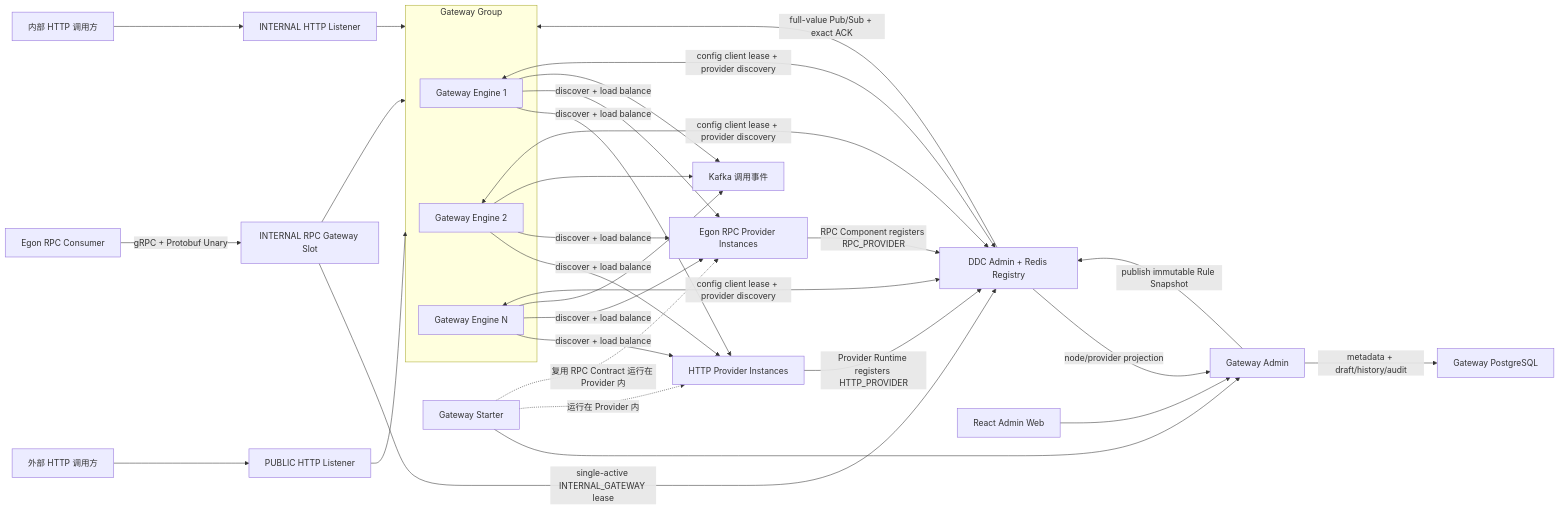
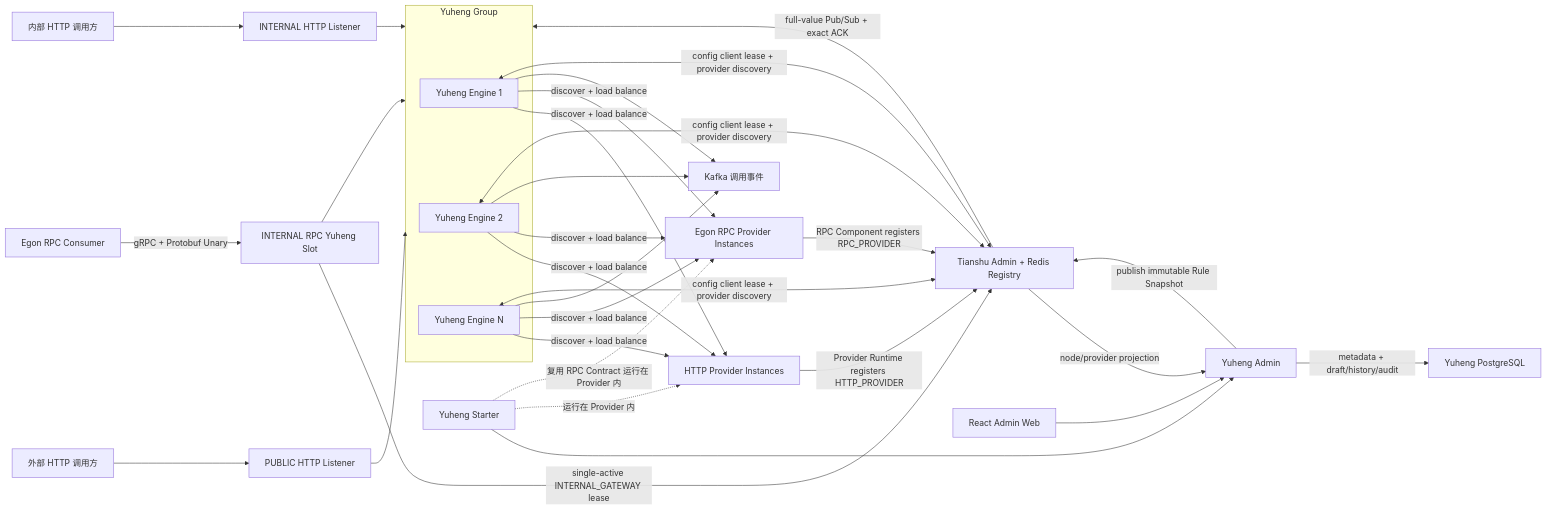
One commit to AllenDEricDAlexander/Egon-COLA changed the first of 3 diagrams in docs/superpowers/specs/2026-07-24-gateway-component-design.md. Above: the diagram before and after it, drawn with Mermaid. The commit also changed other lines of this file and 233 other files, not shown here.

````diff
--- a/docs/superpowers/specs/2026-07-24-gateway-component-design.md
+++ b/docs/superpowers/specs/2026-07-24-gateway-component-design.md
@@ -122,45 +122,45 @@
 ```mermaid
 flowchart LR
     PublicClient["外部 HTTP 调用方"] --> PublicEntry["PUBLIC HTTP Listener"]
     InternalHttpClient["内部 HTTP 调用方"] --> InternalEntry["INTERNAL HTTP Listener"]
-    RpcConsumer["Egon RPC Consumer"] -->|"gRPC + Protobuf Unary"| RpcEntry["INTERNAL RPC Gateway Slot"]
+    RpcConsumer["Egon RPC Consumer"] -->|"gRPC + Protobuf Unary"| RpcEntry["INTERNAL RPC Yuheng Slot"]
 
     PublicEntry --> GatewayGroup
     InternalEntry --> GatewayGroup
     RpcEntry --> GatewayGroup
 
-    subgraph GatewayGroup["Gateway Group"]
-        Engine1["Gateway Engine 1"]
-        Engine2["Gateway Engine 2"]
-        EngineN["Gateway Engine N"]
+    subgraph GatewayGroup["Yuheng Group"]
+        Engine1["Yuheng Engine 1"]
+        Engine2["Yuheng Engine 2"]
+        EngineN["Yuheng Engine N"]
     end
 
     Engine1 -->|"discover + load balance"| HttpProvider["HTTP Provider Instances"]
     Engine1 -->|"discover + load balance"| RpcProvider["Egon RPC Provider Instances"]
     Engine2 -->|"discover + load balance"| HttpProvider
     Engine2 -->|"discover + load balance"| RpcProvider
     EngineN -->|"discover + load balance"| HttpProvider
     EngineN -->|"discover + load balance"| RpcProvider
 
     Engine1 --> Kafka["Kafka 调用事件"]
     Engine2 --> Kafka
     EngineN --> Kafka
 
-    Engine1 <-->|"config client lease + provider discovery"| DDC["DDC Admin + Redis Registry"]
-    Engine2 <-->|"config client lease + provider discovery"| DDC
-    EngineN <-->|"config client lease + provider discovery"| DDC
-    RpcEntry -->|"single-active INTERNAL_GATEWAY lease"| DDC
+    Engine1 <-->|"config client lease + provider discovery"| Tianshu["Tianshu Admin + Redis Registry"]
+    Engine2 <-->|"config client lease + provider discovery"| Tianshu
+    EngineN <-->|"config client lease + provider discovery"| Tianshu
+    RpcEntry -->|"single-active INTERNAL_GATEWAY lease"| Tianshu
 
-    Starter["Gateway Starter"] --> Admin["Gateway Admin"]
+    Starter["Yuheng Starter"] --> Admin["Yuheng Admin"]
     Starter -. "运行在 Provider 内" .-> HttpProvider
     Starter -. "复用 RPC Contract 运行在 Provider 内" .-> RpcProvider
-    HttpProvider -->|"Provider Runtime registers HTTP_PROVIDER"| DDC
-    RpcProvider -->|"RPC Component registers RPC_PROVIDER"| DDC
+    HttpProvider -->|"Provider Runtime registers HTTP_PROVIDER"| Tianshu
+    RpcProvider -->|"RPC Component registers RPC_PROVIDER"| Tianshu
 
-    Admin -->|"metadata + draft/history/audit"| PostgreSQL["Gateway PostgreSQL"]
-    Admin -->|"publish immutable Rule Snapshot"| DDC
-    DDC -->|"full-value Pub/Sub + exact ACK"| GatewayGroup
-    DDC -->|"node/provider projection"| Admin
+    Admin -->|"metadata + draft/history/audit"| PostgreSQL["Yuheng PostgreSQL"]
+    Admin -->|"publish immutable Rule Snapshot"| Tianshu
+    Tianshu -->|"full-value Pub/Sub + exact ACK"| GatewayGroup
+    Tianshu -->|"node/provider projection"| Admin
 
     AdminWeb["React Admin Web"] --> Admin
 ```
````
